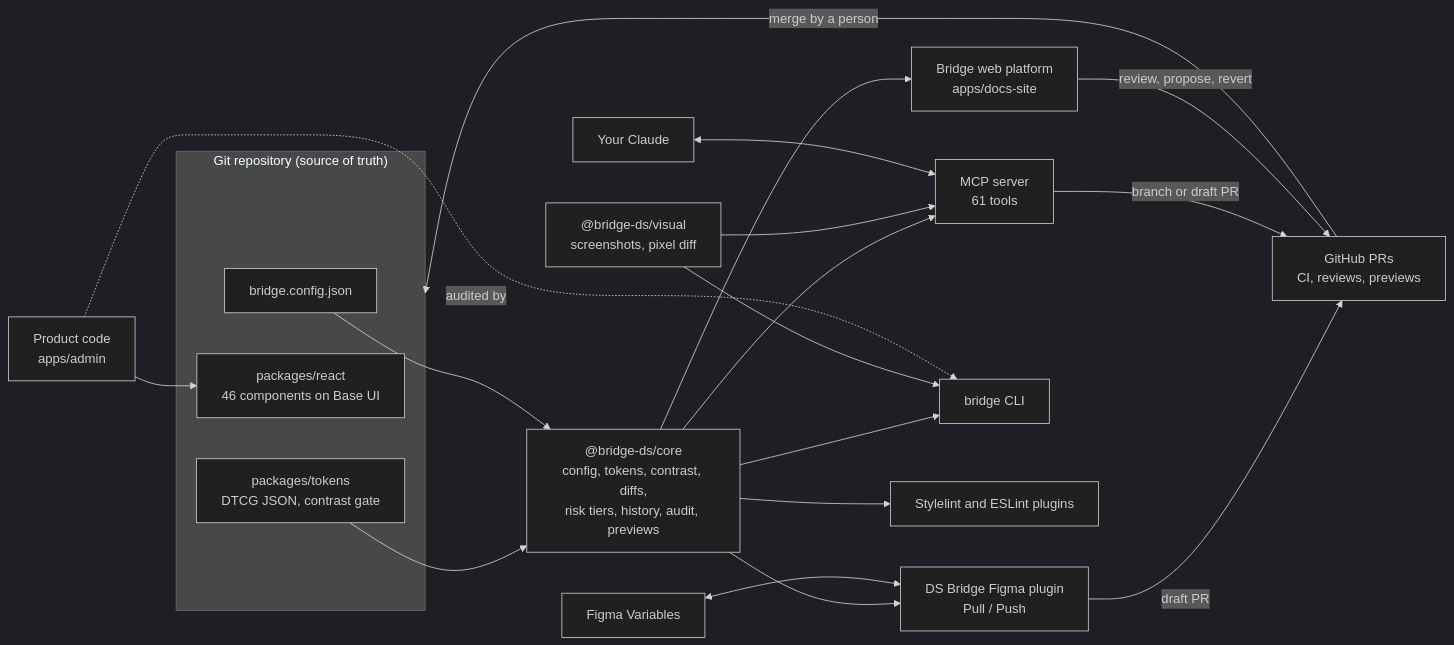
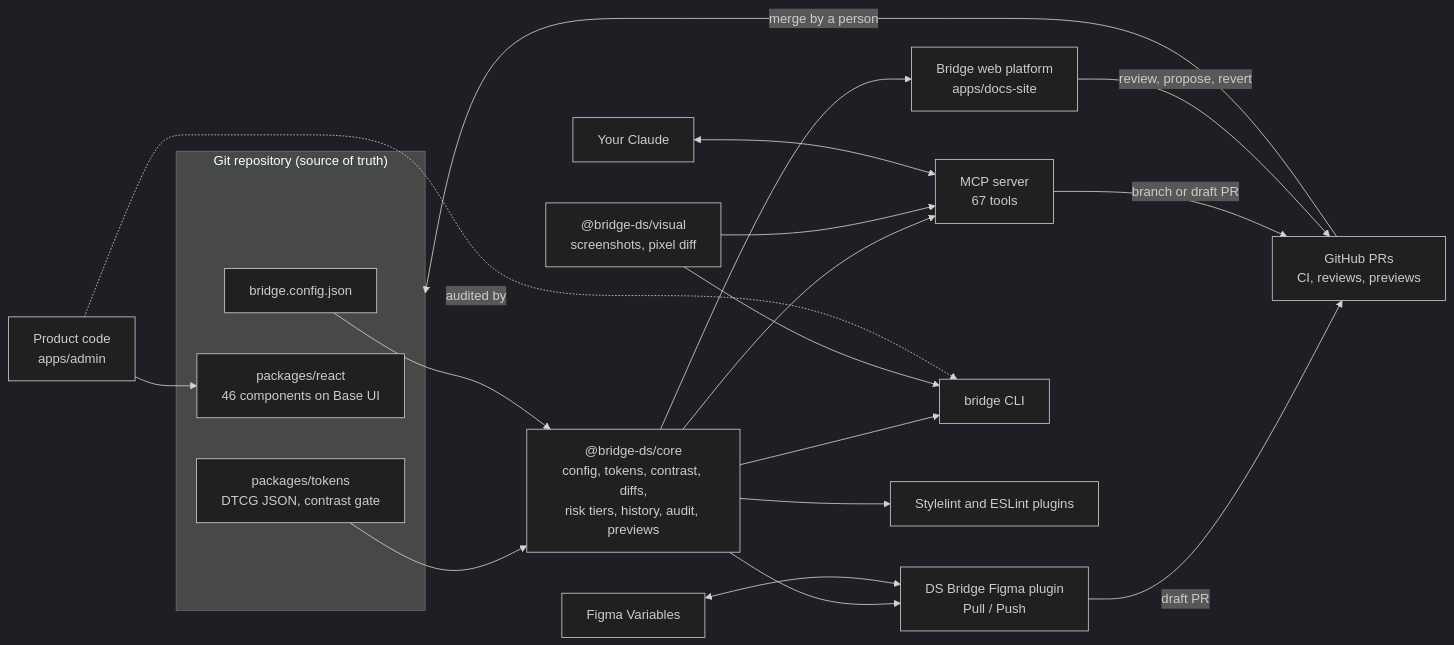
The diagram in README.md (peterbono/ai-design-system-demo), drawn with Mermaid (dark theme) before and after one commit. The commit also changed other lines of this file and 27 other files, not shown here.

````diff
--- a/README.md
+++ b/README.md
@@ -130,31 +130,31 @@
 ```mermaid
 flowchart LR
   subgraph repo["Git repository (source of truth)"]
     tokens["packages/tokens<br/>DTCG JSON, contrast gate"]
     react["packages/react<br/>46 components on Base UI"]
     config["bridge.config.json"]
   end
 
   core["@bridge-ds/core<br/>config, tokens, contrast, diffs,<br/>risk tiers, history, audit, previews"]
 
   tokens --> core
   config --> core
 
   core --> docs["Bridge web platform<br/>apps/docs-site"]
   core --> plugin["DS Bridge Figma plugin<br/>Pull / Push"]
-  core --> mcp["MCP server<br/>61 tools"]
+  core --> mcp["MCP server<br/>67 tools"]
   core --> cli["bridge CLI"]
   core --> lint["Stylelint and ESLint plugins"]
   visual["@bridge-ds/visual<br/>screenshots, pixel diff"] --> cli
   visual --> mcp
 
   claude["Your Claude"] <--> mcp
   figma["Figma Variables"] <--> plugin
   product["Product code<br/>apps/admin"] --> react
   product -. audited by .-> cli
 
   plugin -- draft PR --> gh["GitHub PRs<br/>CI, reviews, previews"]
   mcp -- branch or draft PR --> gh
   docs -- review, propose, revert --> gh
   gh -- merge by a person --> repo
 ```
````
